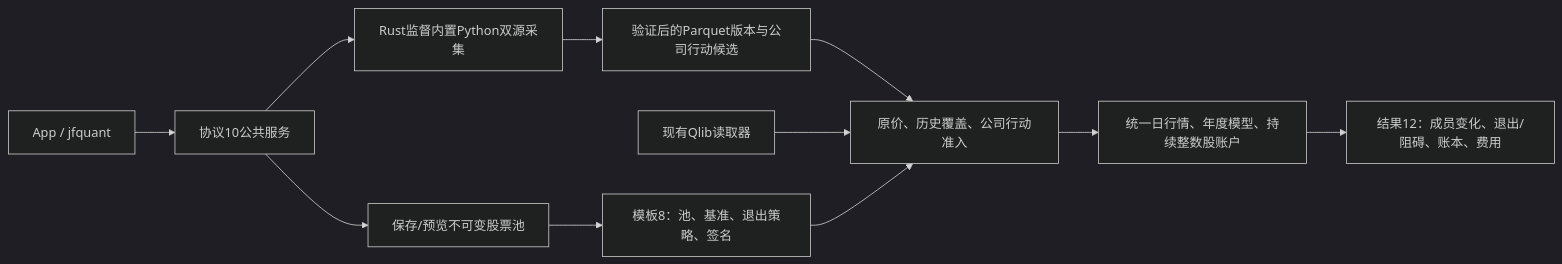
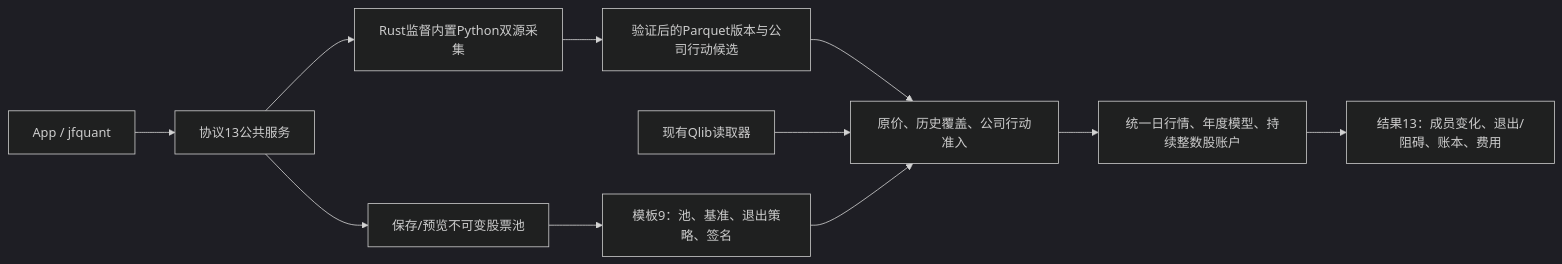
The second of 6 diagrams in crates/app/src/README.md (Dennishaha/JFQuant), drawn with Mermaid (dark theme) before and after one commit. The commit also changed other lines of this file and 78 other files, not shown here.

````diff
--- a/crates/app/src/README.md
+++ b/crates/app/src/README.md
@@ -67,13 +67,13 @@
 ```mermaid
 flowchart LR
-  CLIENT["App / jfquant"] --> SERVICE["协议10公共服务"]
+  CLIENT["App / jfquant"] --> SERVICE["协议13公共服务"]
   SERVICE --> POOL["保存/预览不可变股票池"]
   SERVICE --> COLLECT["Rust监督内置Python双源采集"]
   COLLECT --> SNAPSHOT["验证后的Parquet版本与公司行动候选"]
-  POOL --> FREEZE["模板8：池、基准、退出策略、签名"]
+  POOL --> FREEZE["模板9：池、基准、退出策略、签名"]
   SNAPSHOT --> READY["原价、历史覆盖、公司行动准入"]
   QLIB["现有Qlib读取器"] --> READY
   FREEZE --> READY
   READY --> RESEARCH["统一日行情、年度模型、持续整数股账户"]
-  RESEARCH --> RESULT["结果12：成员变化、退出/阻碍、账本、费用"]
+  RESEARCH --> RESULT["结果13：成员变化、退出/阻碍、账本、费用"]
 ```
````
